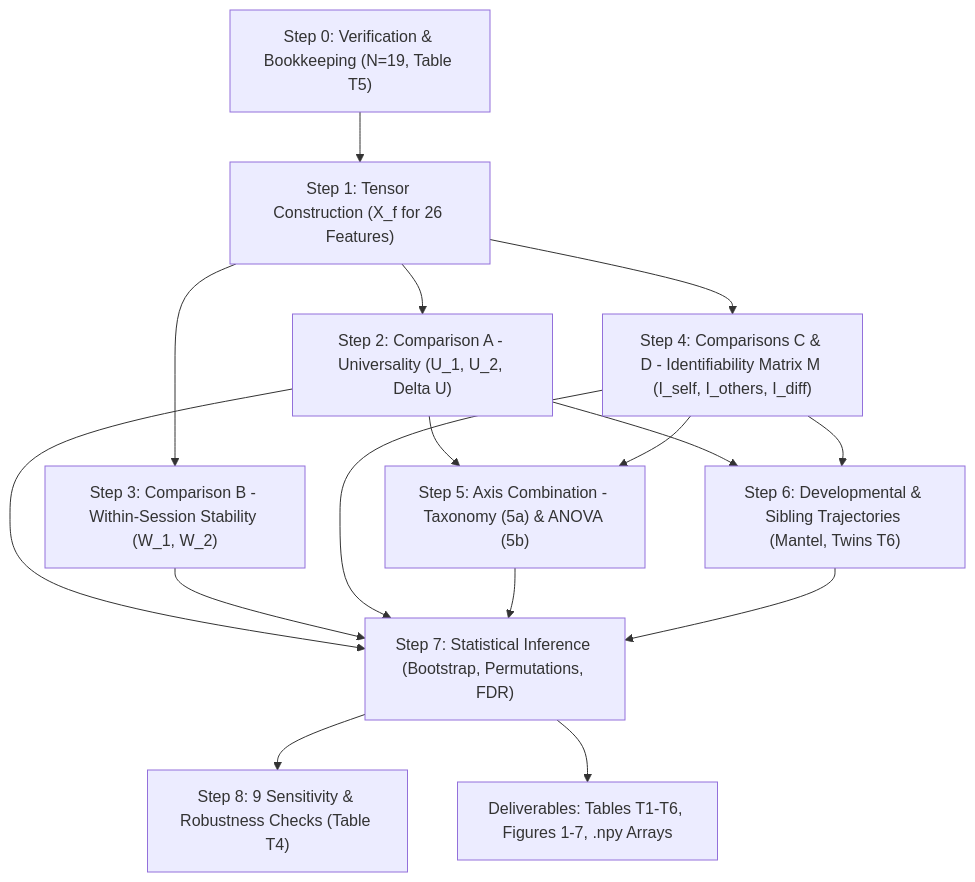
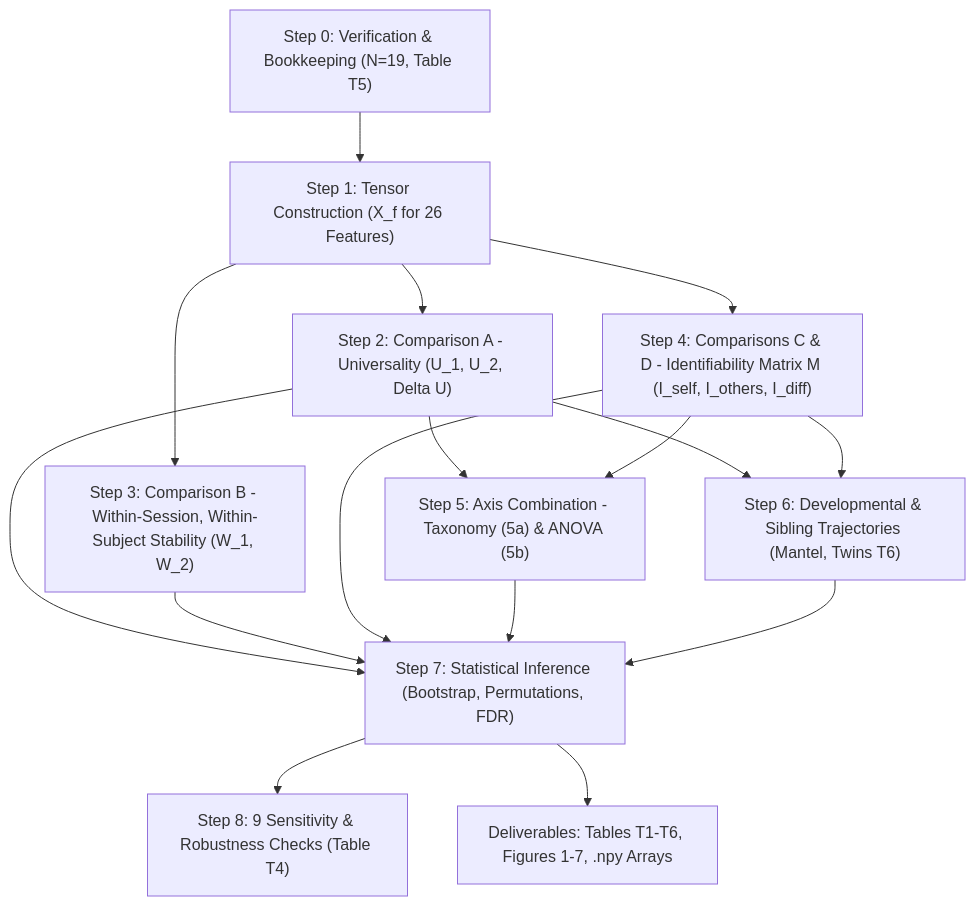
The diagram in ANALYSIS_PIPELINE.md (AlooKaLaddoo/HonoursM26), drawn with Mermaid before and after one commit. The commit also changed other lines of this file and 176 other files, not shown here.

````diff
--- a/ANALYSIS_PIPELINE.md
+++ b/ANALYSIS_PIPELINE.md
@@ -156,14 +156,14 @@
 ```mermaid
 flowchart TD
     Step0["Step 0: Verification & Bookkeeping (N=19, Table T5)"] --> Step1["Step 1: Tensor Construction (X_f for 26 Features)"]
     Step1 --> Step2["Step 2: Comparison A - Universality (U_1, U_2, Delta U)"]
-    Step1 --> Step3["Step 3: Comparison B - Within-Session Stability (W_1, W_2)"]
+    Step1 --> Step3["Step 3: Comparison B - Within-Session, Within-Subject Stability (W_1, W_2)"]
     Step1 --> Step4["Step 4: Comparisons C & D - Identifiability Matrix M (I_self, I_others, I_diff)"]
     Step2 --> Step5["Step 5: Axis Combination - Taxonomy (5a) & ANOVA (5b)"]
     Step4 --> Step5
     Step2 --> Step6["Step 6: Developmental & Sibling Trajectories (Mantel, Twins T6)"]
     Step4 --> Step6
     Step2 & Step3 & Step4 & Step5 & Step6 --> Step7["Step 7: Statistical Inference (Bootstrap, Permutations, FDR)"]
     Step7 --> Step8["Step 8: 9 Sensitivity & Robustness Checks (Table T4)"]
     Step7 --> Deliverables["Deliverables: Tables T1-T6, Figures 1-7, .npy Arrays"]
 ```
````
